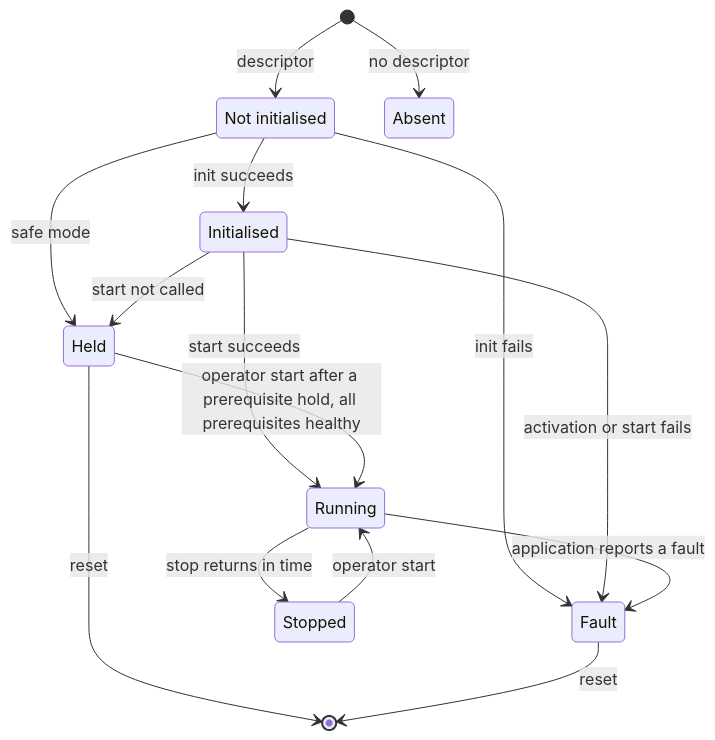
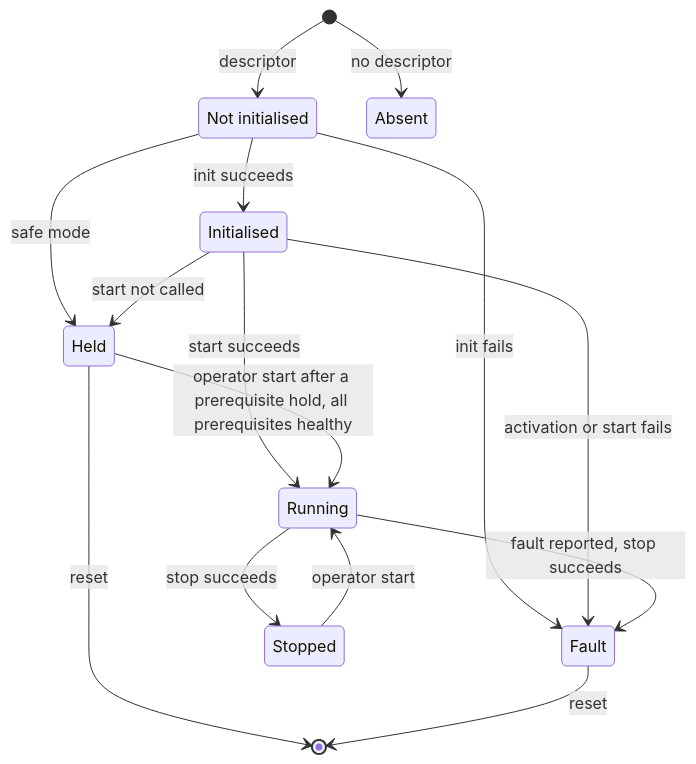
One commit to wonny-labs/crux-controller changed the second of 3 diagrams in docs/design/controller-framework.md. Above: the diagram before and after it, drawn with Mermaid. The commit also changed other lines of this file and 2 other files, not shown here.

````diff
--- a/docs/design/controller-framework.md
+++ b/docs/design/controller-framework.md
@@ -141,18 +135,18 @@
 ```mermaid
 stateDiagram-v2
     state "Not initialised" as NotInit
     [*] --> Absent: no descriptor
     [*] --> NotInit: descriptor
     NotInit --> Initialised: init succeeds
     NotInit --> Fault: init fails
     NotInit --> Held: safe mode
     Initialised --> Running: start succeeds
     Initialised --> Fault: activation or start fails
     Initialised --> Held: start not called
     Held --> Running: operator start after a prerequisite hold, all prerequisites healthy
-    Running --> Stopped: stop returns in time
-    Running --> Fault: application reports a fault
+    Running --> Stopped: stop succeeds
+    Running --> Fault: fault reported, stop succeeds
     Stopped --> Running: operator start
     Held --> [*]: reset
     Fault --> [*]: reset
 ```
````
